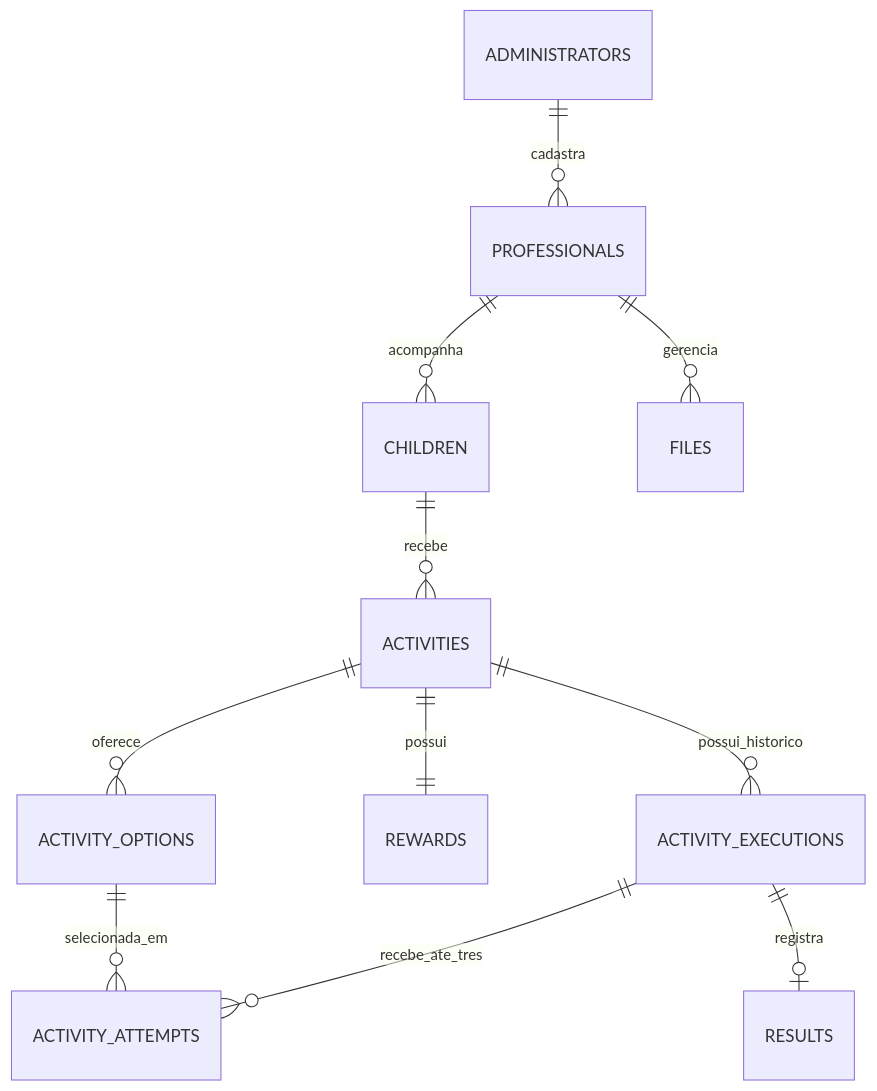
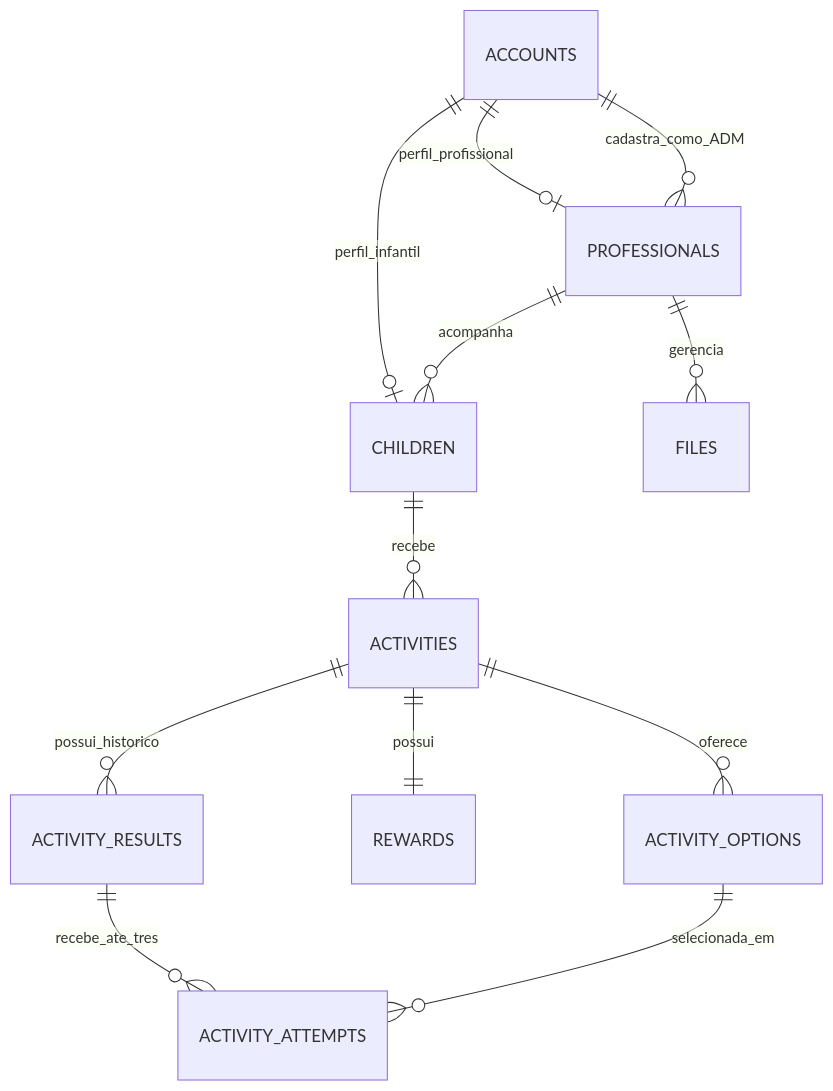
Before and after one commit to nayarawatanuki/emotions: the diagram in docs/architecture/data-model.md, drawn with Mermaid. The commit also changed other lines of this file and 38 other files, not shown here.

Commit message:
feat(backend): add complete domain persistence schema

````diff
--- a/docs/architecture/data-model.md
+++ b/docs/architecture/data-model.md
@@ -63,13 +75,14 @@
 ```mermaid
 erDiagram
-    ADMINISTRATORS ||--o{ PROFESSIONALS : cadastra
+    ACCOUNTS ||--o| PROFESSIONALS : perfil_profissional
+    ACCOUNTS ||--o| CHILDREN : perfil_infantil
+    ACCOUNTS ||--o{ PROFESSIONALS : cadastra_como_ADM
     PROFESSIONALS ||--o{ CHILDREN : acompanha
     CHILDREN ||--o{ ACTIVITIES : recebe
     ACTIVITIES ||--o{ ACTIVITY_OPTIONS : oferece
     ACTIVITIES ||--|| REWARDS : possui
-    ACTIVITIES ||--o{ ACTIVITY_EXECUTIONS : possui_historico
-    ACTIVITY_EXECUTIONS ||--o{ ACTIVITY_ATTEMPTS : recebe_ate_tres
-    ACTIVITY_EXECUTIONS ||--o| RESULTS : registra
+    ACTIVITIES ||--o{ ACTIVITY_RESULTS : possui_historico
+    ACTIVITY_RESULTS ||--o{ ACTIVITY_ATTEMPTS : recebe_ate_tres
     ACTIVITY_OPTIONS ||--o{ ACTIVITY_ATTEMPTS : selecionada_em
     PROFESSIONALS ||--o{ FILES : gerencia
 ```
````
